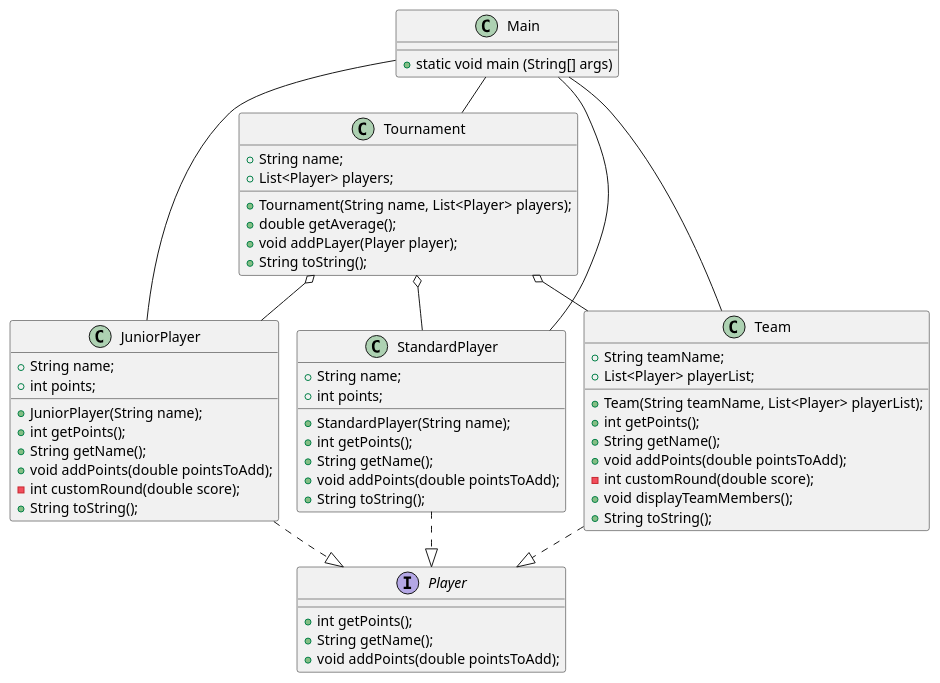
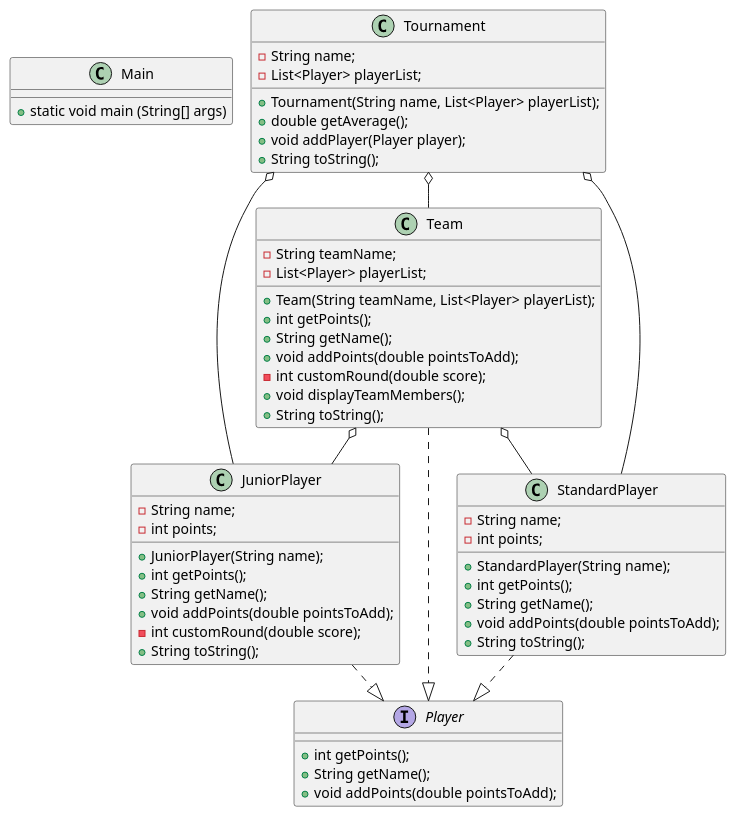
One commit to MojoOno/Eksamensopgaver changed the diagram in Opgave4/docs/classDiagram.puml. Above: the diagram before and after it, drawn with PlantUML. The commit also changed 59 other files, not shown here.

```diff
--- a/Opgave4/docs/classDiagram.puml
+++ b/Opgave4/docs/classDiagram.puml
@@ -1,72 +1,71 @@
 @startuml
 'https://plantuml.com/class-diagram
 !pragma layout smetana
 
     Class Main{
     +static void main (String[] args)
     }
 
     Interface Player{
     +int getPoints();
     +String getName();
     +void addPoints(double pointsToAdd);
     }
 
     Class JuniorPlayer{
-    +String name;
-    +int points;
+    -String name;
+    -int points;
 
     +JuniorPlayer(String name);
     +int getPoints();
     +String getName();
     +void addPoints(double pointsToAdd);
     -int customRound(double score);
     +String toString();
     }
 
     Class StandardPlayer{
-    +String name;
-    +int points;
+    -String name;
+    -int points;
 
     +StandardPlayer(String name);
     +int getPoints();
     +String getName();
     +void addPoints(double pointsToAdd);
     +String toString();
     }
 
     Class Team{
-    +String teamName;
-    +List<Player> playerList;
+    -String teamName;
+    -List<Player> playerList;
 
     +Team(String teamName, List<Player> playerList);
     +int getPoints();
     +String getName();
     +void addPoints(double pointsToAdd);
     -int customRound(double score);
     +void displayTeamMembers();
     +String toString();
     }
 
     Class Tournament{
-    +String name;
-    +List<Player> players;
+    -String name;
+    -List<Player> playerList;
 
-    +Tournament(String name, List<Player> players);
+    +Tournament(String name, List<Player> playerList);
     +double getAverage();
-    +void addPLayer(Player player);
+    +void addPlayer(Player player);
     +String toString();
     }
 
-    Main -- Team
-    Main -- JuniorPlayer
-    Main -- StandardPlayer
-    Main -- Tournament
+
     JuniorPlayer ..|> Player
     StandardPlayer ..|> Player
     Team ..|> Player
     Tournament o-- Team
     Tournament o-- StandardPlayer
     Tournament o-- JuniorPlayer
+    Team o-- JuniorPlayer
+    Team o-- StandardPlayer
 
 @enduml
```
